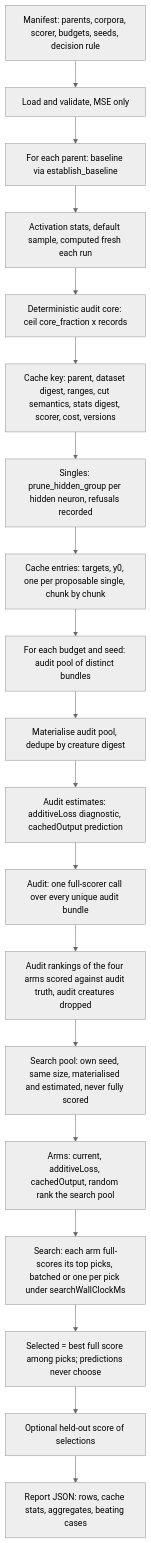
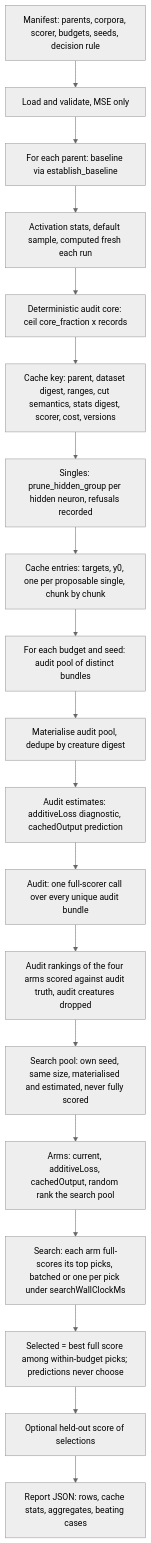
The diagram in docs/additivity-experiment.md (stSoftwareAU/NEAT-AI-Ockham), drawn with Mermaid (neutral theme) before and after one commit. The commit also changed other lines of this file and 4 other files, not shown here.

````diff
--- a/docs/additivity-experiment.md
+++ b/docs/additivity-experiment.md
@@ -35,21 +35,21 @@
 ```mermaid
 flowchart TD
     M[Manifest: parents, corpora, scorer, budgets, seeds, decision rule] --> L[Load and validate, MSE only]
     L --> P[For each parent: baseline via establish_baseline]
     P --> S[Activation stats, default sample, computed fresh each run]
     S --> C[Deterministic audit core: ceil core_fraction x records]
     C --> K[Cache key: parent, dataset digest, ranges, cut semantics, stats digest, scorer, cost, versions]
     K --> E[Singles: prune_hidden_group per hidden neuron, refusals recorded]
     E --> O[Cache entries: targets, y0, one per proposable single, chunk by chunk]
     O --> R[For each budget and seed: audit pool of distinct bundles]
     R --> Q[Materialise audit pool, dedupe by creature digest]
     Q --> A[Audit estimates: additiveLoss diagnostic, cachedOutput prediction]
     A --> F[Audit: one full-scorer call over every unique audit bundle]
     F --> T[Audit rankings of the four arms scored against audit truth, audit creatures dropped]
     T --> SP[Search pool: own seed, same size, materialised and estimated, never fully scored]
     SP --> G[Arms: current, additiveLoss, cachedOutput, random rank the search pool]
     G --> H[Search: each arm full-scores its top picks, batched or one per pick under searchWallClockMs]
-    H --> V[Selected = best full score among picks; predictions never choose]
+    H --> V[Selected = best full score among within-budget picks; predictions never choose]
     V --> X[Optional held-out score of selections]
     X --> REP[Report JSON: rows, cache stats, aggregates, beating cases]
 ```
````
